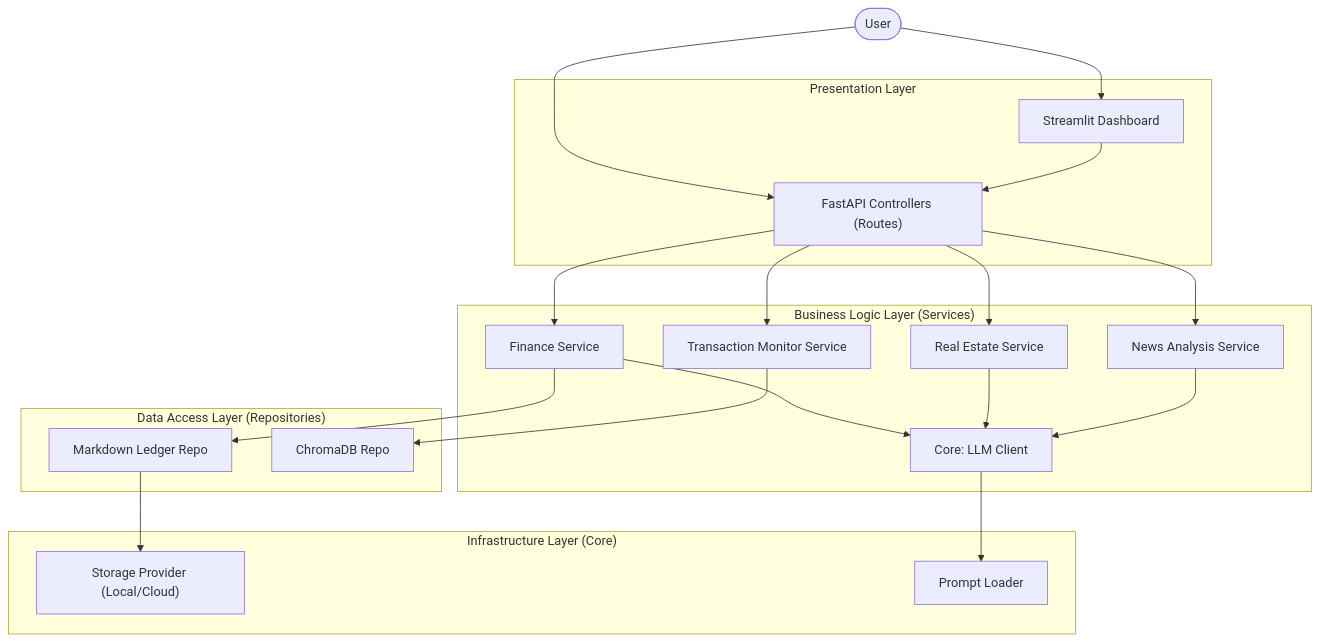
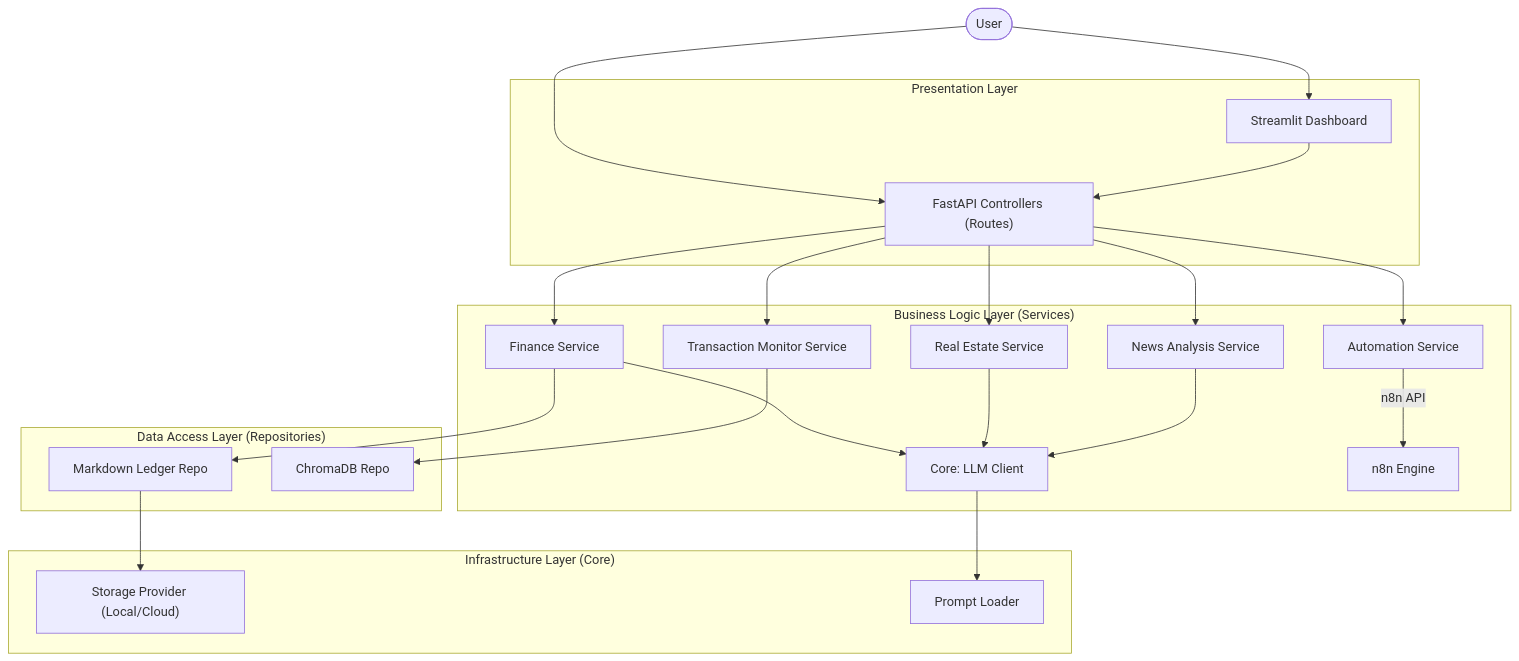
One commit to drather/Consigliere changed the diagram in docs/system_snapshot/sw_architecture.md. Above: the diagram before and after it, drawn with Mermaid. The commit also changed other lines of this file and 15 other files, not shown here.

````diff
--- a/docs/system_snapshot/sw_architecture.md
+++ b/docs/system_snapshot/sw_architecture.md
@@ -11,44 +11,47 @@
 ```mermaid
 graph TD
     User([User])
     
     subgraph Presentation["Presentation Layer"]
         Streamlit["Streamlit Dashboard"]
         FastAPI["FastAPI Controllers (Routes)"]
     end
     
     subgraph Business["Business Logic Layer (Services)"]
         FinanceAgent["Finance Service"]
         RealEstateAgent["Real Estate Service"]
         MonitorService["Transaction Monitor Service"]
         NewsService["News Analysis Service"]
+        AutomationService["Automation Service"]
         
         FinanceAgent --> LLM["Core: LLM Client"]
         RealEstateAgent --> LLM
         NewsService --> LLM
+        AutomationService -- "n8n API" --> N8N["n8n Engine"]
     end
     
     subgraph DataAccess["Data Access Layer (Repositories)"]
         MarkdownRepo["Markdown Ledger Repo"]
         ChromaRepo["ChromaDB Repo"]
         
         FinanceAgent --> MarkdownRepo
         MonitorService --> ChromaRepo
     end
     
     subgraph Infrastructure["Infrastructure Layer (Core)"]
         Storage["Storage Provider (Local/Cloud)"]
         PromptLoader["Prompt Loader"]
         
         MarkdownRepo --> Storage
         LLM --> PromptLoader
     end
     
     User --> Streamlit
     User --> FastAPI
     Streamlit --> FastAPI
     FastAPI --> FinanceAgent
     FastAPI --> RealEstateAgent
     FastAPI --> MonitorService
     FastAPI --> NewsService
+    FastAPI --> AutomationService
 ```
````
